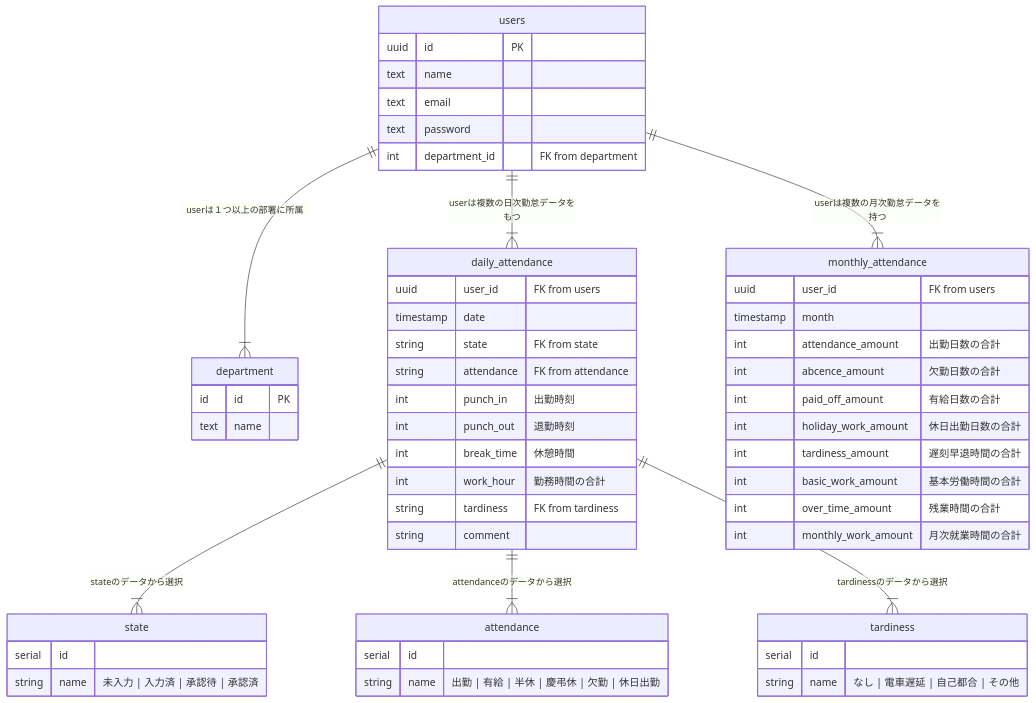
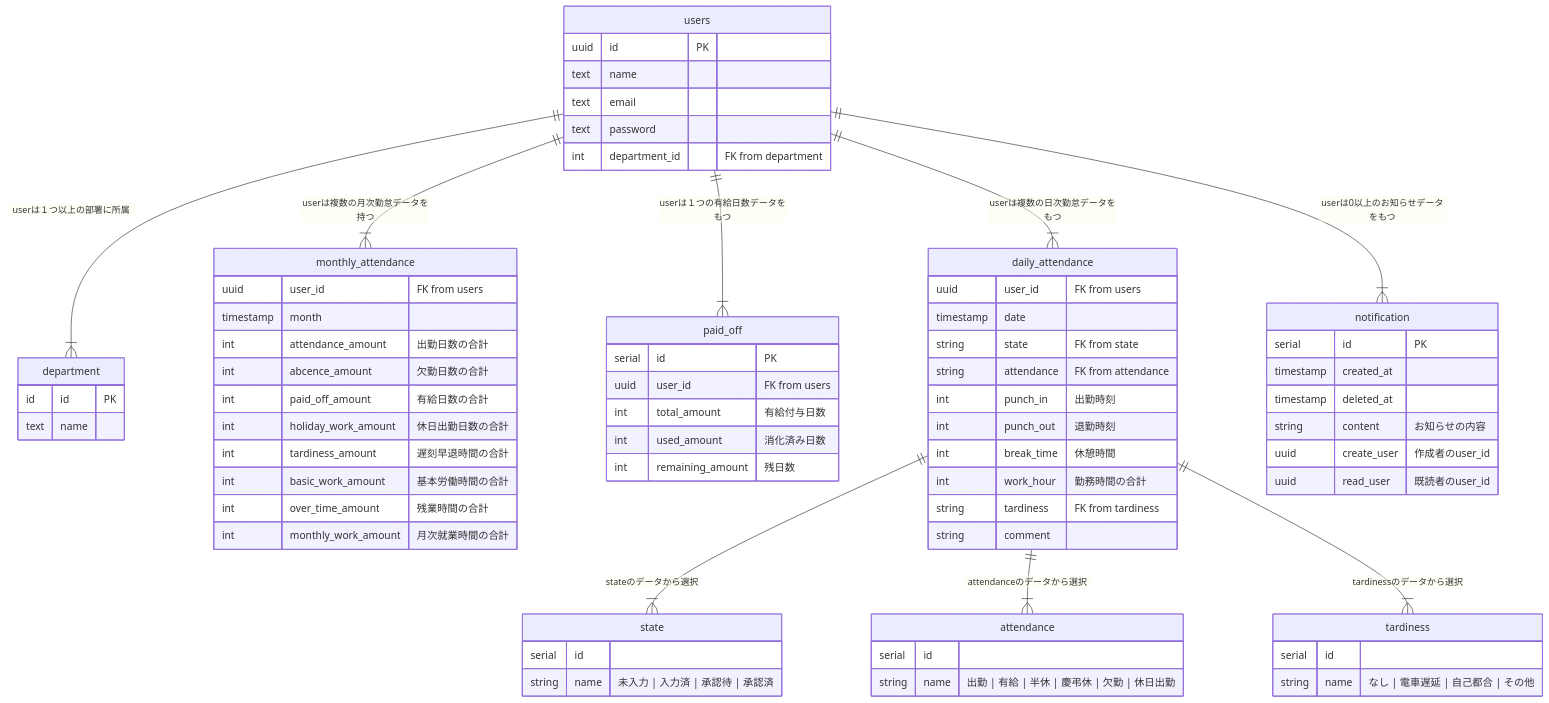
Before and after one commit to atom9916/e-navi-mock: the diagram in database/database.md, drawn with Mermaid. The commit also changed 3 other files, not shown here.

Commit message:
ER図にお知らせテーブルと有給テーブルを追加しました

````diff
--- a/database/database.md
+++ b/database/database.md
@@ -3,8 +3,10 @@
 erDiagram
 
 users||--|{ department: "userは１つ以上の部署に所属"
+users||--|{ monthly_attendance: "userは複数の月次勤怠データを持つ"
+users||--|{ paid_off: "userは１つの有給日数データをもつ"
 users||--|{ daily_attendance: "userは複数の日次勤怠データをもつ"
-users||--|{ monthly_attendance: "userは複数の月次勤怠データを持つ"
+users||--|{ notification: "userは0以上のお知らせデータをもつ"
 daily_attendance||--|{ state: "stateのデータから選択"
 daily_attendance||--|{ attendance: "attendanceのデータから選択"
 daily_attendance||--|{ tardiness: "tardinessのデータから選択"
@@ -64,4 +66,21 @@
   string name "なし | 電車遅延 | 自己都合 | その他 "
 }
 
+paid_off {
+  serial  id "PK"
+  uuid    user_id "FK from users"
+  int     total_amount "有給付与日数"
+  int     used_amount  "消化済み日数"
+  int     remaining_amount  "残日数"
+}
+
+notification {
+  serial      id "PK"
+  timestamp   created_at
+  timestamp   deleted_at
+  string      content "お知らせの内容"
+  uuid        create_user "作成者のuser_id"
+  uuid        read_user "既読者のuser_id"
+}
+
 ```
````
